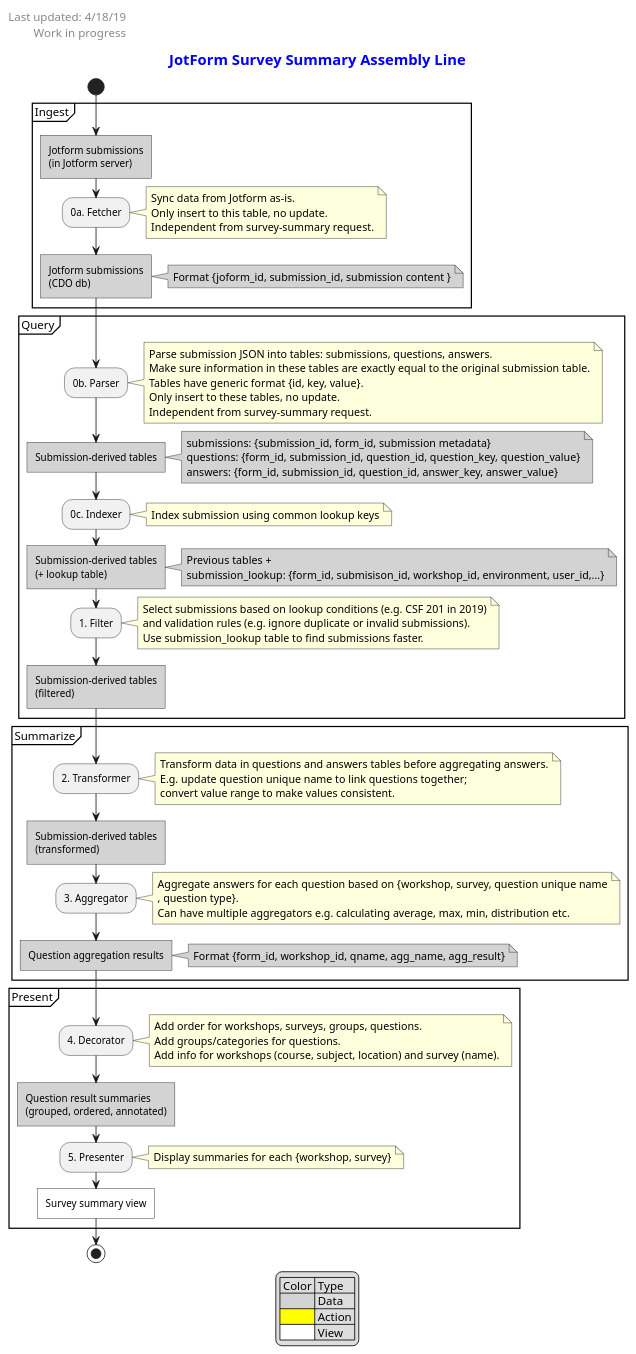
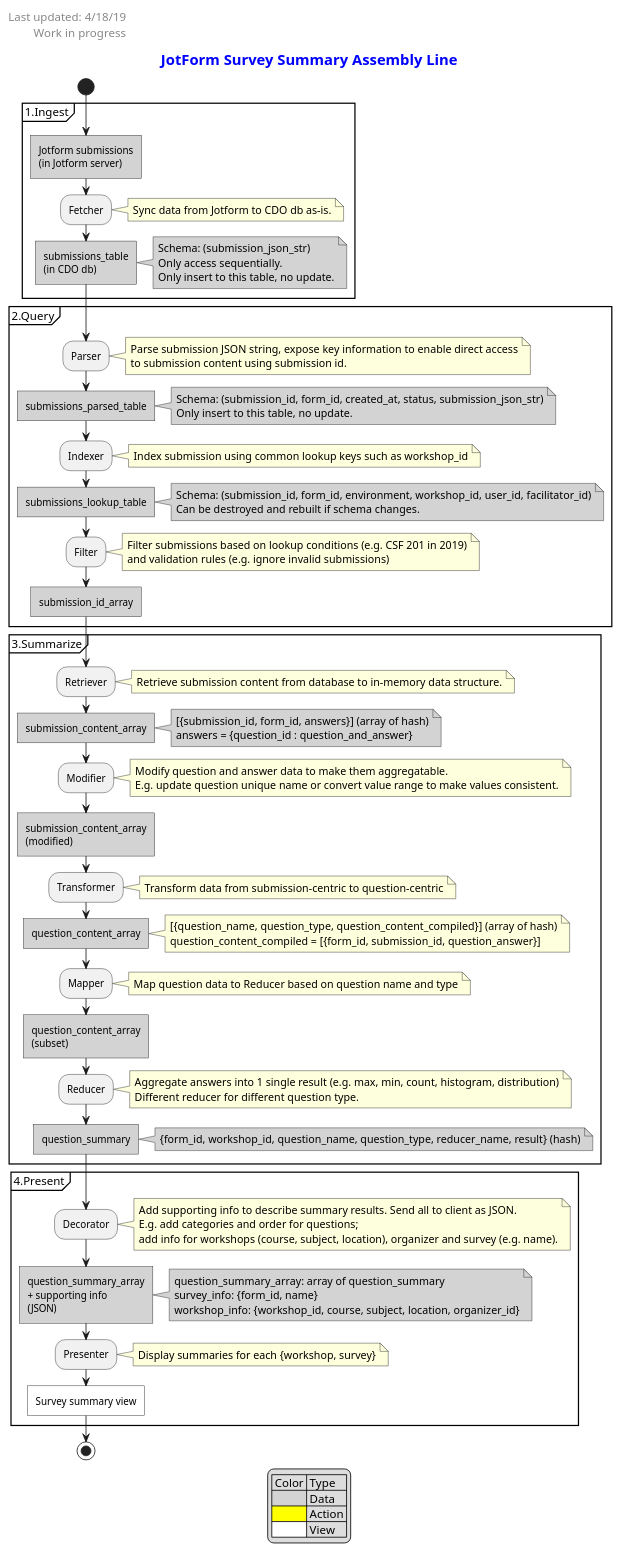
Before and after one commit to code-dot-org/code-dot-org: the diagram in dashboard/design/survey_summary_diagram.puml, drawn with PlantUML. The commit also changed 2 other files, not shown here.

Commit message:
[ci skip] Update design and diagram

```diff
--- a/dashboard/design/survey_summary_diagram.puml
+++ b/dashboard/design/survey_summary_diagram.puml
@@ -1,126 +1,143 @@
 @startuml
 
 left header
   <size:14>Last updated: 4/18/19
   <size:14>Work in progress
 end header
 
 title
   <color:#blue><size:18>**JotForm Survey Summary Assembly Line**
 end title
 
 start
 
-partition Ingest {
+partition 1.Ingest {
   #lightgrey:Jotform submissions
   (in Jotform server)]
-  :0a. Fetcher;
+  :Fetcher;
   note right
-    Sync data from Jotform as-is.
+    Sync data from Jotform to CDO db as-is.
+  end note
+  #lightgrey:submissions_table
+  (in CDO db)]
+  note right #lightgrey
+    Schema: (submission_json_str)
+    Only access sequentially.
     Only insert to this table, no update.
-    Independent from survey-summary request.
   end note
-  #lightgrey:Jotform submissions
-  (CDO db)]
-  note right #lightgrey: Format {joform_id, submission_id, submission content }
 }
 
-partition Query {
-  :0b. Parser;
+partition 2.Query {
+  :Parser;
   note right
-    Parse submission JSON into tables: submissions, questions, answers.
-    Make sure information in these tables are exactly equal to the original submission table.
-    Tables have generic format {id, key, value}.
-    Only insert to these tables, no update.
-    Independent from survey-summary request.
+    Parse submission JSON string, expose key information to enable direct access
+    to submission content using submission id.
   end note
-  #lightgrey:Submission-derived tables]
+  #lightgrey:submissions_parsed_table]
   note right #lightgrey
-    submissions: {submission_id, form_id, submission metadata}
-    'Parsing 1st level hash
-    questions: {form_id, submission_id, question_id, question_key, question_value}
-    'Parsing 2nd level hash
-    answers: {form_id, submission_id, question_id, answer_key, answer_value}
+    Schema: (submission_id, form_id, created_at, status, submission_json_str)
+    Only insert to this table, no update.
   end note
 
-  :0c. Indexer;
-  note right: Index submission using common lookup keys
-  #lightgrey:Submission-derived tables
-  (+ lookup table)]
+  :Indexer;
+  note right: Index submission using common lookup keys such as workshop_id
+  #lightgrey:submissions_lookup_table]
   note right #lightgrey
-    Previous tables +
-    submission_lookup: {form_id, submisison_id, workshop_id, environment, user_id,...}
+    Schema: (submission_id, form_id, environment, workshop_id, user_id, facilitator_id)
+    Can be destroyed and rebuilt if schema changes.
   end note
 
-  :1. Filter;
+  :Filter;
   note right
-    Select submissions based on lookup conditions (e.g. CSF 201 in 2019)
-    and validation rules (e.g. ignore duplicate or invalid submissions).
-    Use submission_lookup table to find submissions faster.
+    Filter submissions based on lookup conditions (e.g. CSF 201 in 2019)
+    and validation rules (e.g. ignore invalid submissions)
   end note
-  #lightgrey:Submission-derived tables
-  (filtered)]
+  #lightgrey:submission_id_array]
 }
 
-partition Summarize {
-  :2. Transformer;
+partition 3.Summarize {
+  :Retriever;
+  note right: Retrieve submission content from database to in-memory data structure.
+  #lightgrey:submission_content_array]
+  note right #lightgrey
+    [{submission_id, form_id, answers}] (array of hash)
+    answers = {question_id : question_and_answer}
+  end note
+
+  :Modifier;
   note right
-    Transform data in questions and answers tables before aggregating answers.
-    E.g. update question unique name to link questions together;
-    convert value range to make values consistent.
+    Modify question and answer data to make them aggregatable.
+    E.g. update question unique name or convert value range to make values consistent.
   end note
-  #lightgrey:Submission-derived tables
-  (transformed)]
-  'note right #lightgrey: Format {workshop, survey, question, answer}
+  #lightgrey:submission_content_array
+  (modified)]
 
-  :3. Aggregator;
+  :Transformer;
+  note right: Transform data from submission-centric to question-centric
+  #lightgrey:question_content_array]
   note right
-    Aggregate answers for each question based on {workshop, survey, question unique name
-    , question type}.
-    Can have multiple aggregators e.g. calculating average, max, min, distribution etc.
+    [{question_name, question_type, question_content_compiled}] (array of hash)
+    question_content_compiled = [{form_id, submission_id, question_answer}]
   end note
-  #lightgrey:Question aggregation results]
-  note right #lightgrey: Format {form_id, workshop_id, qname, agg_name, agg_result}
+
+  :Mapper;
+  note right: Map question data to Reducer based on question name and type
+  #lightgrey:question_content_array
+  (subset)]
+
+  :Reducer;
+  note right
+    Aggregate answers into 1 single result (e.g. max, min, count, histogram, distribution)
+    Different reducer for different question type.
+  end note
+  #lightgrey:question_summary]
+  note right #lightgrey: {form_id, workshop_id, question_name, question_type, reducer_name, result} (hash)
 }
 
-partition Present {
-  :4. Decorator;
+partition 4.Present {
+  :Decorator;
   note right
-    Add order for workshops, surveys, groups, questions.
-    Add groups/categories for questions.
-    Add info for workshops (course, subject, location) and survey (name).
+    Add supporting info to describe summary results. Send all to client as JSON.
+    E.g. add categories and order for questions;
+    add info for workshops (course, subject, location), organizer and survey (e.g. name).
   end note
-  #lightgrey:Question result summaries
-  (grouped, ordered, annotated)]
+  #lightgrey:question_summary_array
+  + supporting info
+  (JSON)]
+  note right #lightgrey
+    question_summary_array: array of question_summary
+    survey_info: {form_id, name}
+    workshop_info: {workshop_id, course, subject, location, organizer_id}
+  end note
 
-  :5. Presenter;
+  :Presenter;
   note right
     Display summaries for each {workshop, survey}
   end note
   #white:Survey summary view]
 }
 
 stop
 
 legend center
   | Color | Type |
   |<#lightgrey>| Data |
   |<#Yellow>| Action |
   |<#white>| View |
 end legend
 
 'left footer
 '  <color:#black><size:14>__**Example (Outdated)**__
 '  <color:#black><size:14>**Request:**
 '  <color:#black><size:14>Display summaries of all surveys for CSF 201 workshop id 10240.
 '  <color:#black><size:14>(Each survey is a Jotform form.)
 '
 '  <color:#black><size:14>**Assembly line:**
 '  <color:#black><size:14>1. FilterWorkshop, FilterInvalidSubmission, FilterDuplicateSubmission
 '  <color:#black><size:14>2. TransformInconsitentMaxValue
 '  <color:#black><size:14>3. AggregateAverageValue, AggregateLatestQuestionText
 '  <color:#black><size:14>4. DecorateCategorizeAndSortQuestion, DecorateWorkshopInfo
 '  <color:#black><size:14>5. PresentSingleWorkshopView
 'end footer
 
 @enduml
```
